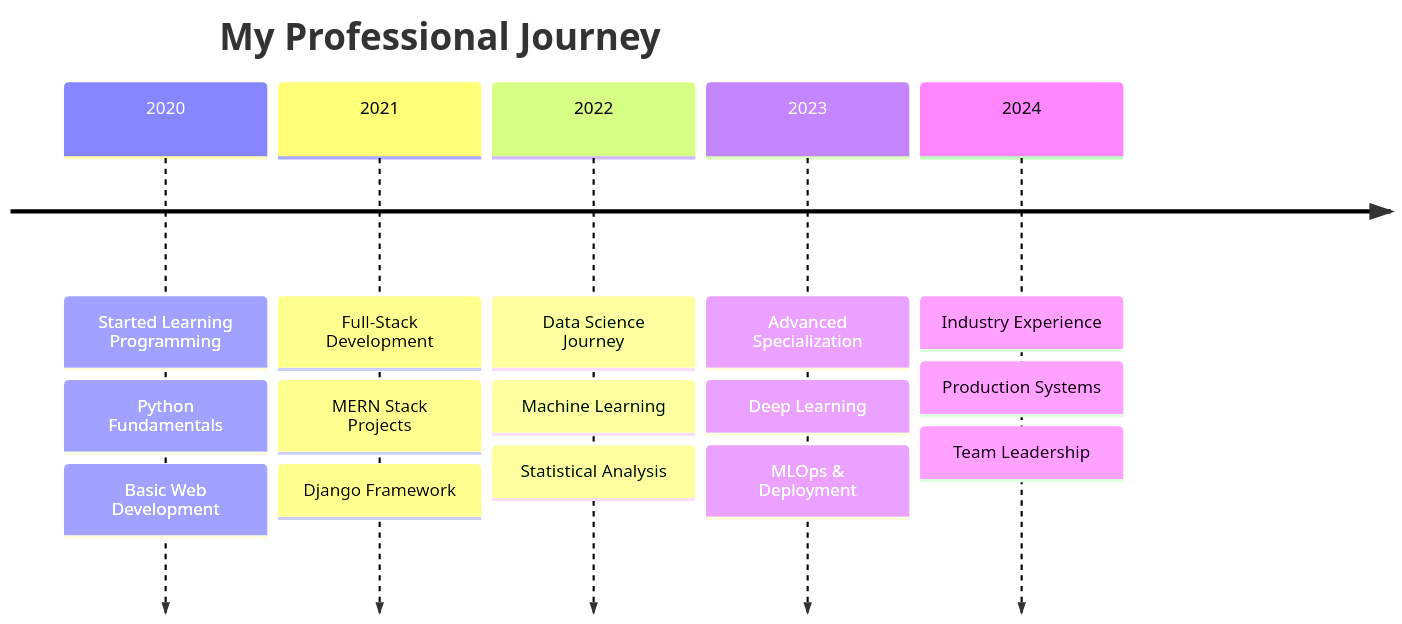
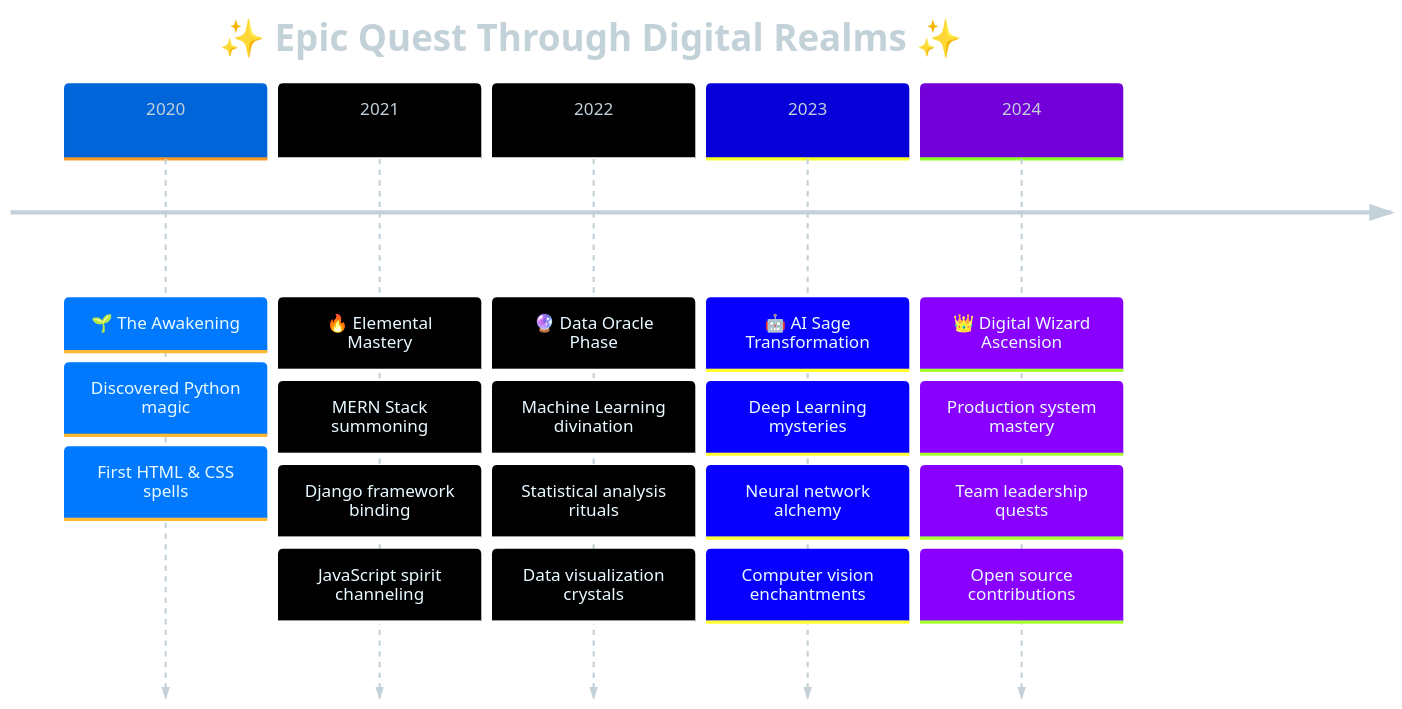
One commit to uddhav-brai/uddhav-brai changed the diagram in README.md. Above: the diagram before and after it, drawn with Mermaid. The commit also changed other lines of this file, not shown here.

````diff
--- a/README.md
+++ b/README.md
@@ -201,19 +185,29 @@
 ```mermaid
+%%{init: {'theme':'base', 'themeVariables': {'primaryColor': '#58a6ff', 'primaryTextColor': '#c3d1d9', 'primaryBorderColor': '#1f6feb', 'lineColor': '#58a6ff', 'secondaryColor': '#0d1117', 'tertiaryColor': '#21262d'}}}%%
 timeline
-    title My Professional Journey
-    2020 : Started Learning Programming
-         : Python Fundamentals
-         : Basic Web Development
-    2021 : Full-Stack Development
-         : MERN Stack Projects
-         : Django Framework
-    2022 : Data Science Journey
-         : Machine Learning
-         : Statistical Analysis
-    2023 : Advanced Specialization  
-         : Deep Learning
-         : MLOps & Deployment
-    2024 : Industry Experience
-         : Production Systems
-         : Team Leadership
+    title ✨ Epic Quest Through Digital Realms ✨
+    
+    2020 : 🌱 The Awakening
+         : Discovered Python magic
+         : First HTML & CSS spells
+         
+    2021 : 🔥 Elemental Mastery
+         : MERN Stack summoning
+         : Django framework binding
+         : JavaScript spirit channeling
+         
+    2022 : 🔮 Data Oracle Phase
+         : Machine Learning divination
+         : Statistical analysis rituals
+         : Data visualization crystals
+         
+    2023 : 🤖 AI Sage Transformation
+         : Deep Learning mysteries
+         : Neural network alchemy  
+         : Computer vision enchantments
+         
+    2024 : 👑 Digital Wizard Ascension
+         : Production system mastery
+         : Team leadership quests
+         : Open source contributions
 ```
````
